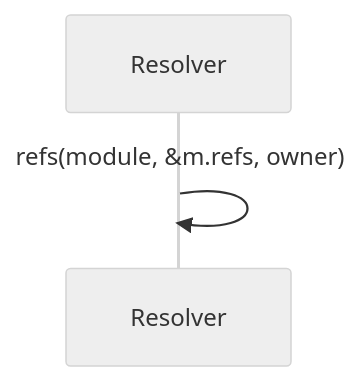
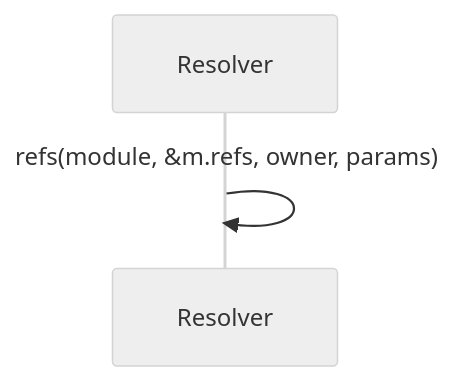
One commit to DreamLab-AI/codemaid changed diagram 17 of 25 in docs/sealmap/crates/sealmap-rust/src/resolve.rs.md. Above: the diagram before and after it, drawn with Mermaid (neutral theme). The commit also changed other lines of this file and 8 other files, not shown here.

First line of the commit message:
fix(sealmap-rust): resolve generic parameters from declared scope, not name shape

````diff
--- a/docs/sealmap/crates/sealmap-rust/src/resolve.rs.md
+++ b/docs/sealmap/crates/sealmap-rust/src/resolve.rs.md
@@ -466,5 +533,5 @@
 ```mermaid
 sequenceDiagram
   participant sealmap_rust__resolve___tResolver as Resolver
-  sealmap_rust__resolve___tResolver->>sealmap_rust__resolve___tResolver: refs(module, &m.refs, owner)
+  sealmap_rust__resolve___tResolver->>sealmap_rust__resolve___tResolver: refs(module, &m.refs, owner, params)
 ```
````
